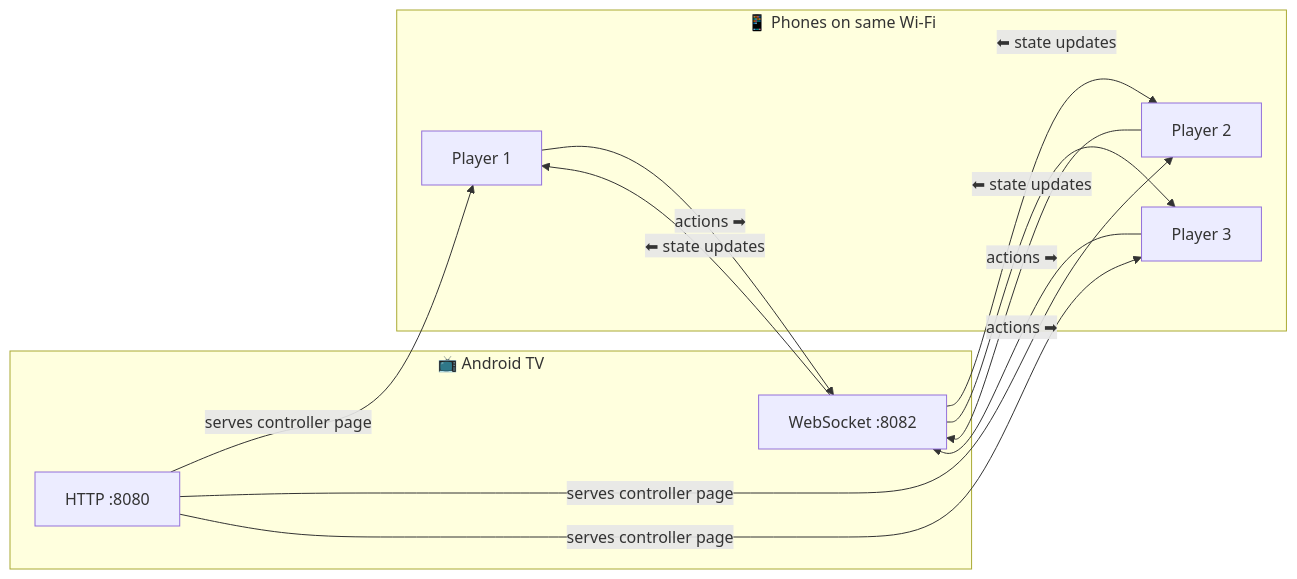
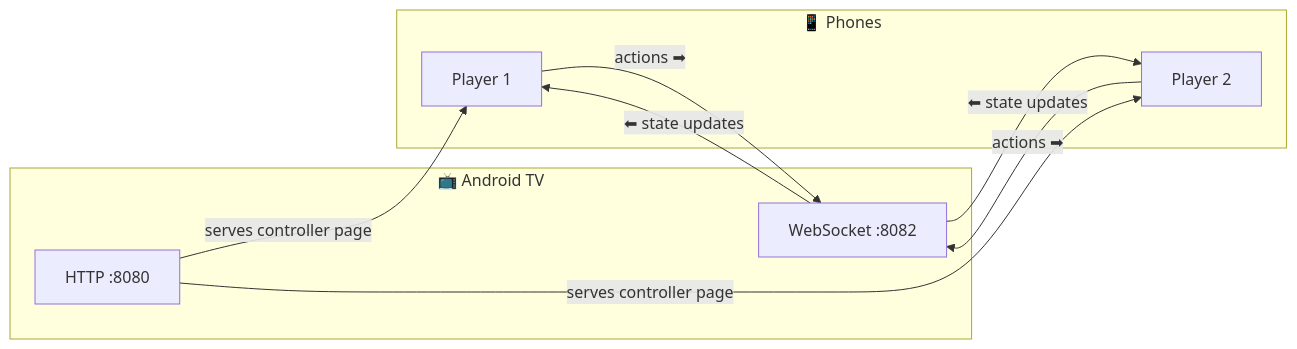
One commit to faluciano/react-native-couch-kit changed the first of 2 diagrams in README.md. Above: the diagram before and after it, drawn with Mermaid.

Commit message:
docs: trim to two players, drop wifi label

````diff
--- a/README.md
+++ b/README.md
@@ -28,17 +28,16 @@
 ```mermaid
 graph LR
   subgraph TV["📺 Android TV"]
     HTTP["HTTP :8080"]
     WS["WebSocket :8082"]
   end
 
-  subgraph PHONES["📱 Phones on same Wi-Fi"]
+  subgraph PHONES["📱 Phones"]
     P1["Player 1"]
     P2["Player 2"]
-    P3["Player 3"]
   end
 
-  HTTP -- "serves controller page" --> P1 & P2 & P3
-  P1 & P2 & P3 -- "actions ➡" --> WS
-  WS -- "⬅ state updates" --> P1 & P2 & P3
+  HTTP -- "serves controller page" --> P1 & P2
+  P1 & P2 -- "actions ➡" --> WS
+  WS -- "⬅ state updates" --> P1 & P2
 ```
````
